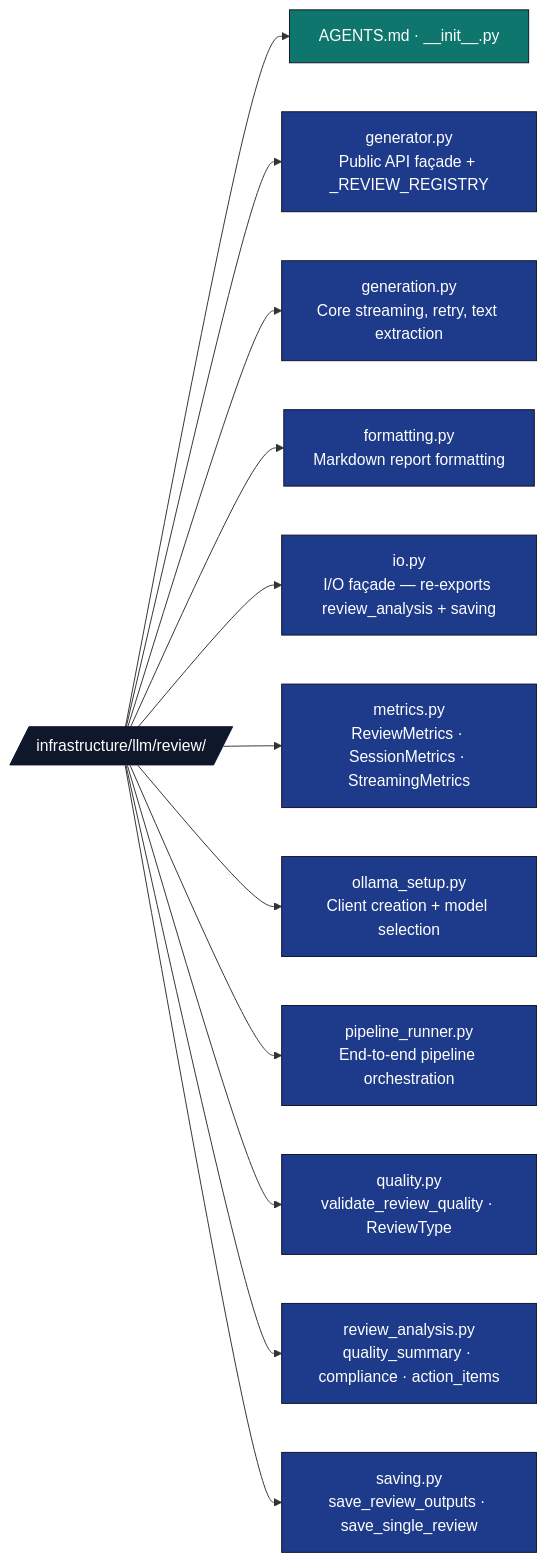
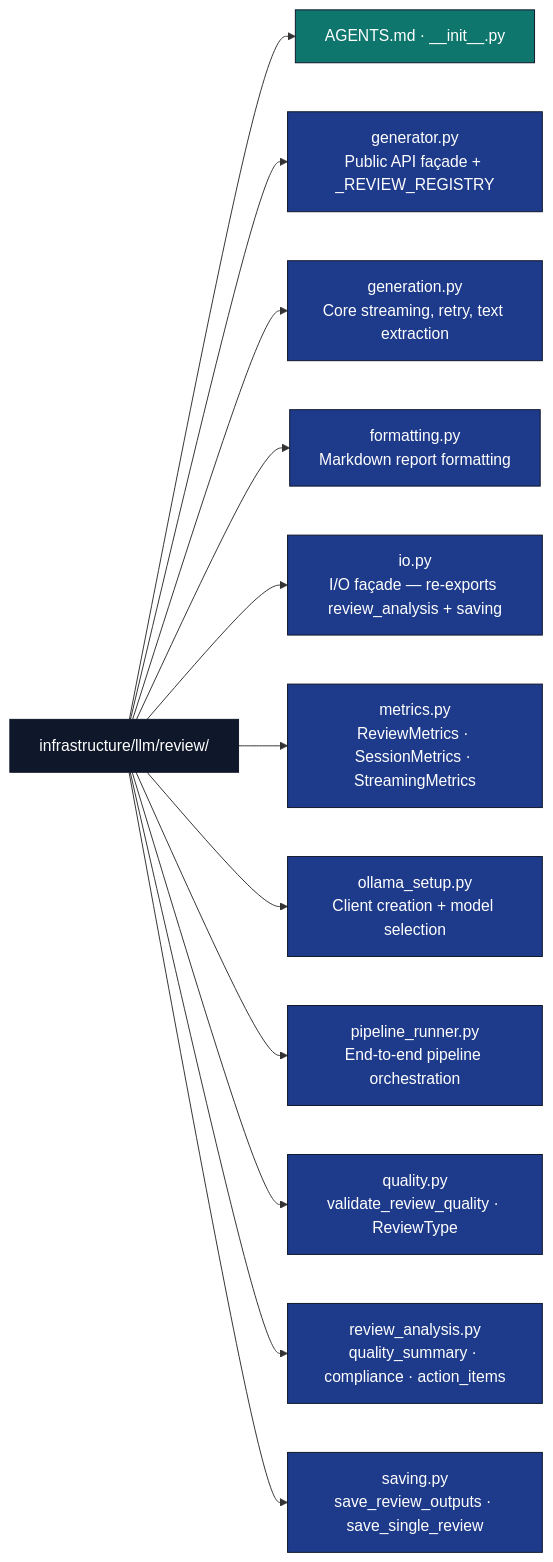
One commit to docxology/template changed the diagram in infrastructure/llm/review/AGENTS.md. Above: the diagram before and after it, drawn with Mermaid. The commit also changed 94 other files, not shown here.

````diff
--- a/infrastructure/llm/review/AGENTS.md
+++ b/infrastructure/llm/review/AGENTS.md
@@ -9,22 +9,22 @@
 ```mermaid
 flowchart LR
-    R[/infrastructure/llm/review//]
+    R[infrastructure/llm/review/]
     R --> META[AGENTS.md · __init__.py]
     R --> GEN[generator.py<br/>Public API façade + _REVIEW_REGISTRY]
     R --> GENR[generation.py<br/>Core streaming, retry, text extraction]
     R --> FMT[formatting.py<br/>Markdown report formatting]
     R --> IO[io.py<br/>I/O façade — re-exports review_analysis + saving]
     R --> MET[metrics.py<br/>ReviewMetrics · SessionMetrics · StreamingMetrics]
     R --> OLL[ollama_setup.py<br/>Client creation + model selection]
     R --> PIP[pipeline_runner.py<br/>End-to-end pipeline orchestration]
     R --> QUAL[quality.py<br/>validate_review_quality · ReviewType]
     R --> ANA[review_analysis.py<br/>quality_summary · compliance · action_items]
     R --> SAV[saving.py<br/>save_review_outputs · save_single_review]
 
     classDef d fill:#0f172a,stroke:#0f172a,color:#fff
     classDef code fill:#1e3a8a,stroke:#0f172a,color:#fff
     classDef doc fill:#0f766e,stroke:#0f172a,color:#fff
     class R d
     class GEN,GENR,FMT,IO,MET,OLL,PIP,QUAL,ANA,SAV code
     class META doc
 ```
````
